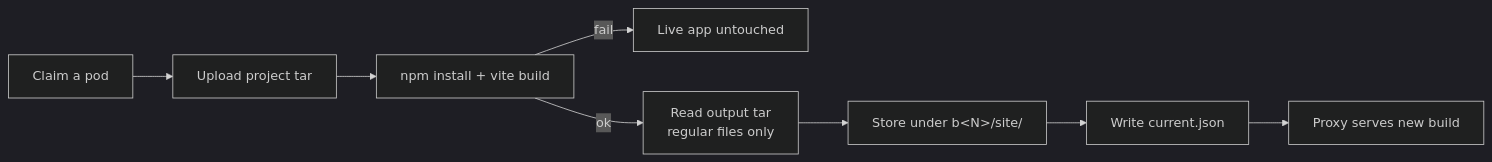
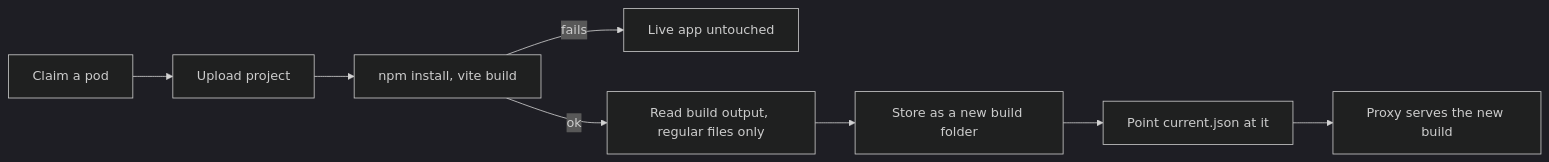
Before and after one commit to Divyanshu2805/singularity: the sixth of 6 diagrams in docs/architecture.md, drawn with Mermaid (dark theme). The commit also changed other lines of this file and 8 other files, not shown here.

Commit message:
docs: fix mermaid diagrams and expand README

````diff
--- a/docs/architecture.md
+++ b/docs/architecture.md
@@ -129,10 +118,10 @@
 ```mermaid
 flowchart LR
-    C[Claim a pod] --> U[Upload project tar]
-    U --> BLD[npm install + vite build]
-    BLD -->|fail| KEEP[Live app untouched]
-    BLD -->|ok| T[Read output tar<br/>regular files only]
-    T --> ST[Store under b&lt;N&gt;/site/]
-    ST --> PTR[Write current.json]
-    PTR --> LIVE[Proxy serves new build]
+    C["Claim a pod"] --> U["Upload project"]
+    U --> BLD["npm install, vite build"]
+    BLD -- fails --> KEEP["Live app untouched"]
+    BLD -- ok --> T["Read build output, regular files only"]
+    T --> ST["Store as a new build folder"]
+    ST --> PTR["Point current.json at it"]
+    PTR --> LIVE["Proxy serves the new build"]
 ```
````
